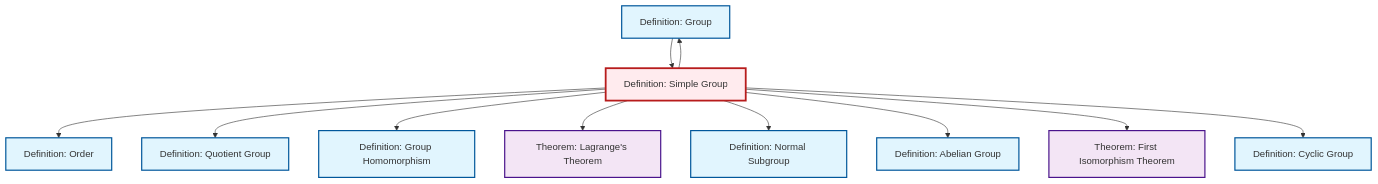
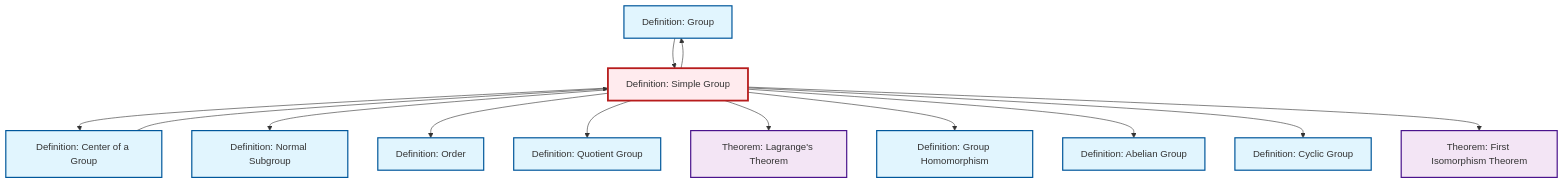
The diagram in content/ja/algebra/def-simple-group.qmd (RK0429/ModernMath), drawn with Mermaid before and after one commit. The commit also changed other lines of this file and 634 other files, not shown here.

````diff
--- a/content/ja/algebra/def-simple-group.qmd
+++ b/content/ja/algebra/def-simple-group.qmd
@@ -96,39 +96,43 @@
 ```{mermaid}
 %%| fig-cap: "Local dependency graph"
 graph TD
     classDef definition fill:#e1f5fe,stroke:#01579b,stroke-width:2px
     classDef theorem fill:#f3e5f5,stroke:#4a148c,stroke-width:2px
     classDef axiom fill:#fff3e0,stroke:#e65100,stroke-width:2px
     classDef example fill:#e8f5e9,stroke:#1b5e20,stroke-width:2px
     classDef current fill:#ffebee,stroke:#b71c1c,stroke-width:3px
-    def-normal-subgroup["Definition: Normal Subgroup"]:::definition
+    def-group["Definition: Group"]:::definition
     def-abelian-group["Definition: Abelian Group"]:::definition
     thm-lagrange["Theorem: Lagrange's Theorem"]:::theorem
-    def-group["Definition: Group"]:::definition
+    def-simple-group["Definition: Simple Group"]:::definition
+    def-center-of-group["Definition: Center of a Group"]:::definition
+    def-quotient-group["Definition: Quotient Group"]:::definition
     def-cyclic-group["Definition: Cyclic Group"]:::definition
-    thm-first-isomorphism["Theorem: First Isomorphism Theorem"]:::theorem
-    def-quotient-group["Definition: Quotient Group"]:::definition
+    def-normal-subgroup["Definition: Normal Subgroup"]:::definition
     def-order["Definition: Order"]:::definition
     def-homomorphism["Definition: Group Homomorphism"]:::definition
-    def-simple-group["Definition: Simple Group"]:::definition
+    thm-first-isomorphism["Theorem: First Isomorphism Theorem"]:::theorem
+    def-simple-group --> def-center-of-group
+    def-simple-group --> def-normal-subgroup
     def-simple-group --> def-order
     def-simple-group --> def-quotient-group
+    def-simple-group --> thm-lagrange
     def-simple-group --> def-homomorphism
-    def-simple-group --> thm-lagrange
-    def-simple-group --> def-normal-subgroup
+    def-simple-group --> def-group
     def-simple-group --> def-abelian-group
+    def-simple-group --> def-cyclic-group
+    def-center-of-group --> def-simple-group
+    def-group --> def-simple-group
     def-simple-group --> thm-first-isomorphism
-    def-simple-group --> def-group
-    def-group --> def-simple-group
-    def-simple-group --> def-cyclic-group
     class def-simple-group current
-    click def-normal-subgroup "def-normal-subgroup.html" "Definition: Normal Subgroupへ"
+    click def-group "def-group.html" "Definition: Groupへ"
     click def-abelian-group "def-abelian-group.html" "Definition: Abelian Groupへ"
     click thm-lagrange "thm-lagrange.html" "Theorem: Lagrange's Theoremへ"
-    click def-group "def-group.html" "Definition: Groupへ"
+    click def-center-of-group "def-center-of-group.html" "Definition: Center of a Groupへ"
+    click def-quotient-group "def-quotient-group.html" "Definition: Quotient Groupへ"
     click def-cyclic-group "def-cyclic-group.html" "Definition: Cyclic Groupへ"
-    click thm-first-isomorphism "thm-first-isomorphism.html" "Theorem: First Isomorphism Theoremへ"
-    click def-quotient-group "def-quotient-group.html" "Definition: Quotient Groupへ"
+    click def-normal-subgroup "def-normal-subgroup.html" "Definition: Normal Subgroupへ"
     click def-order "def-order.html" "Definition: Orderへ"
     click def-homomorphism "def-homomorphism.html" "Definition: Group Homomorphismへ"
+    click thm-first-isomorphism "thm-first-isomorphism.html" "Theorem: First Isomorphism Theoremへ"
 ```
````
